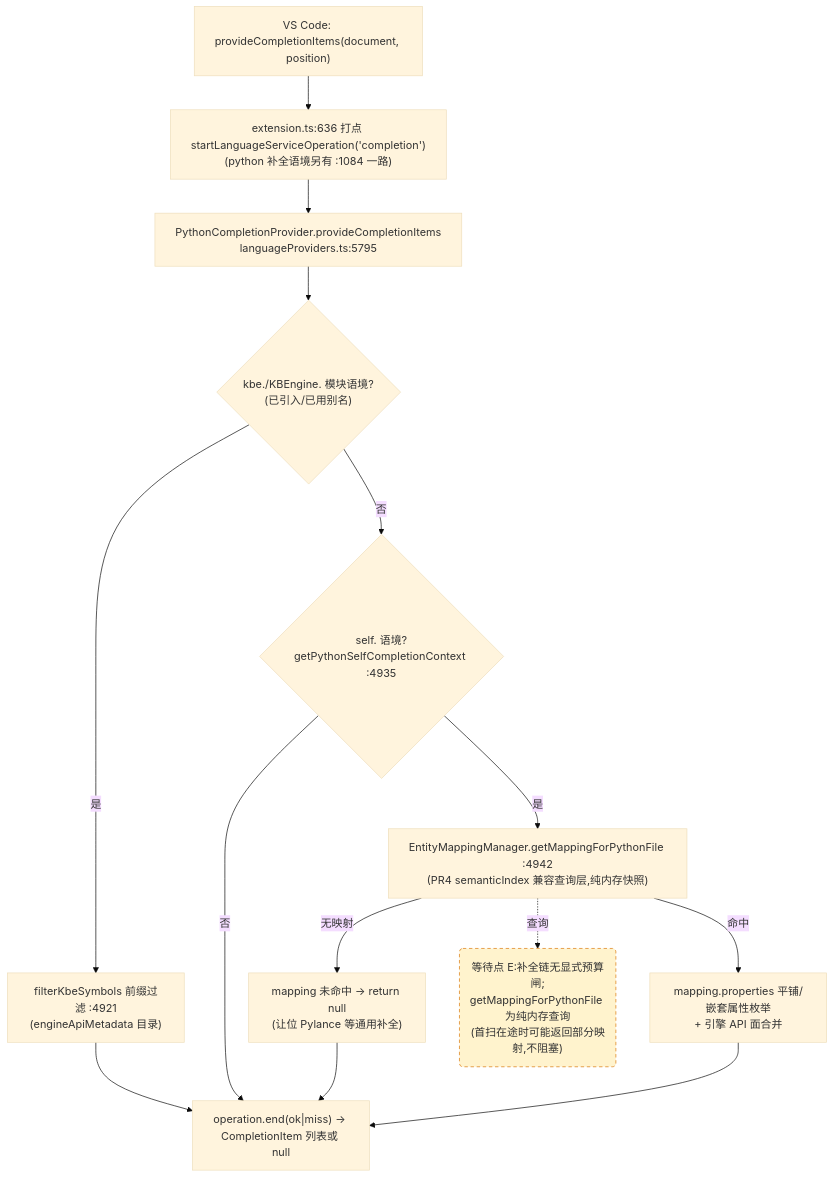
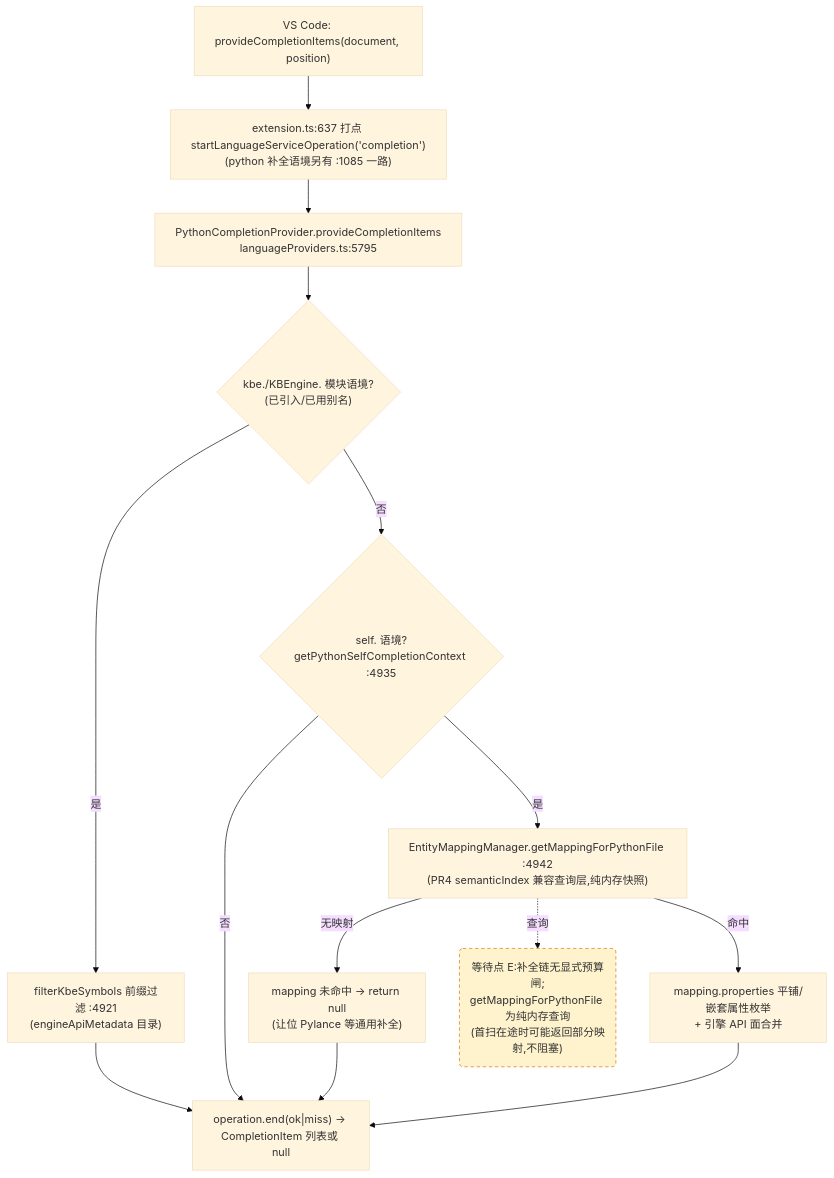
The third of 4 diagrams in docs/perf/2026-baseline.md (cuihairu/kode), drawn with Mermaid (base theme) before and after one commit. The commit also changed other lines of this file and 7 other files, not shown here.

````diff
--- a/docs/perf/2026-baseline.md
+++ b/docs/perf/2026-baseline.md
@@ -184,27 +184,27 @@
 ```mermaid
 flowchart TD
   VC3["VS Code: provideCompletionItems(document, position)"]
-  M3["extension.ts:636 打点 startLanguageServiceOperation('completion')<br/>(python 补全语境另有 :1084 一路)"]
+  M3["extension.ts:637 打点 startLanguageServiceOperation('completion')<br/>(python 补全语境另有 :1085 一路)"]
   CP["PythonCompletionProvider.provideCompletionItems<br/>languageProviders.ts:5795"]
   KBEC{"kbe./KBEngine. 模块语境?<br/>(已引入/已用别名)"}
   FILTER["filterKbeSymbols 前缀过滤 :4921<br/>(engineApiMetadata 目录)"]
   SELFC{"self. 语境?<br/>getPythonSelfCompletionContext :4935"}
   MAP["EntityMappingManager.getMappingForPythonFile :4942<br/>(PR4 semanticIndex 兼容查询层,纯内存快照)"]
   NOMAP["mapping 未命中 → return null<br/>(让位 Pylance 等通用补全)"]
   PROPS["mapping.properties 平铺/嵌套属性枚举<br/>+ 引擎 API 面合并"]
   END3["operation.end(ok|miss) → CompletionItem 列表或 null"]
 
   VC3 --> M3 --> CP --> KBEC
   KBEC -- "是" --> FILTER --> END3
   KBEC -- "否" --> SELFC
   SELFC -- "否" --> END3
   SELFC -- "是" --> MAP
   MAP -- "无映射" --> NOMAP --> END3
   MAP -- "命中" --> PROPS --> END3
 
   WAITE("等待点 E:补全链无显式预算闸;<br/>getMappingForPythonFile 为纯内存查询<br/>(首扫在途时可能返回部分映射,不阻塞)")
   MAP -.->|查询| WAITE
 
   classDef waitPoint fill:#fff3cd,stroke:#d97706,stroke-dasharray:5 4;
   class WAITE waitPoint;
 ```
````
